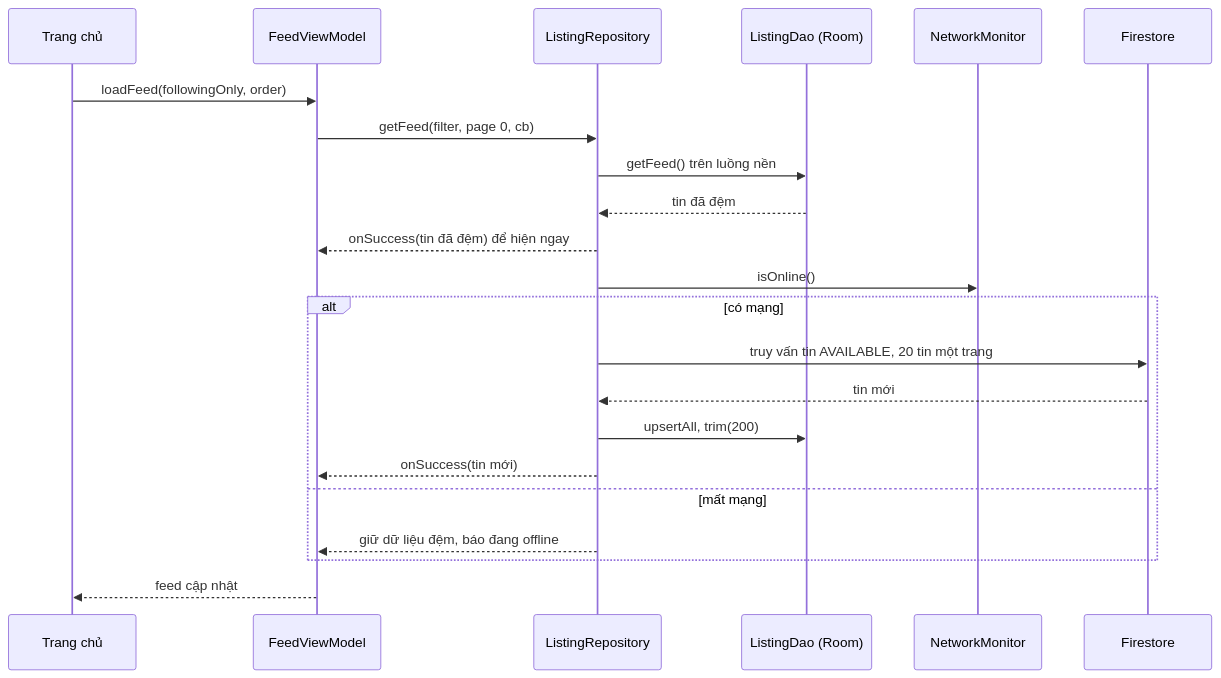
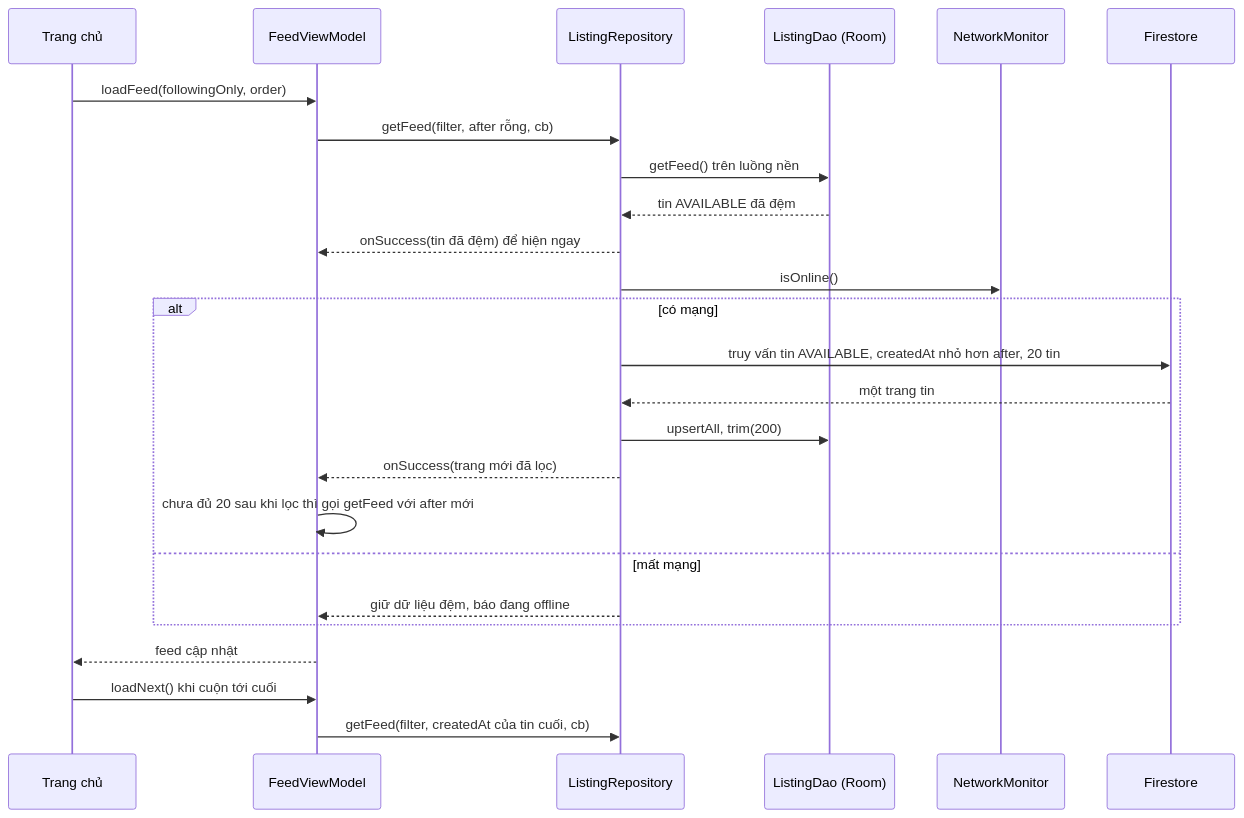
Before and after one commit to tahpnart8/NHOM3-MobileApp: the third of 7 diagrams in workflow/docs/architecture/luong-xu-ly.md, drawn with Mermaid. The commit also changed other lines of this file and 116 other files, not shown here.

````diff
--- a/workflow/docs/architecture/luong-xu-ly.md
+++ b/workflow/docs/architecture/luong-xu-ly.md
@@ -84,24 +101,27 @@
 ```mermaid
 sequenceDiagram
     participant V as Trang chủ
     participant VM as FeedViewModel
     participant LR as ListingRepository
     participant DAO as ListingDao (Room)
     participant NM as NetworkMonitor
     participant FS as Firestore
     V->>VM: loadFeed(followingOnly, order)
-    VM->>LR: getFeed(filter, page 0, cb)
+    VM->>LR: getFeed(filter, after rỗng, cb)
     LR->>DAO: getFeed() trên luồng nền
-    DAO-->>LR: tin đã đệm
+    DAO-->>LR: tin AVAILABLE đã đệm
     LR-->>VM: onSuccess(tin đã đệm) để hiện ngay
     LR->>NM: isOnline()
     alt có mạng
-        LR->>FS: truy vấn tin AVAILABLE, 20 tin một trang
-        FS-->>LR: tin mới
+        LR->>FS: truy vấn tin AVAILABLE, createdAt nhỏ hơn after, 20 tin
+        FS-->>LR: một trang tin
         LR->>DAO: upsertAll, trim(200)
-        LR-->>VM: onSuccess(tin mới)
+        LR-->>VM: onSuccess(trang mới đã lọc)
+        VM->>VM: chưa đủ 20 sau khi lọc thì gọi getFeed với after mới
     else mất mạng
         LR-->>VM: giữ dữ liệu đệm, báo đang offline
     end
     VM-->>V: feed cập nhật
+    V->>VM: loadNext() khi cuộn tới cuối
+    VM->>LR: getFeed(filter, createdAt của tin cuối, cb)
 ```
````
